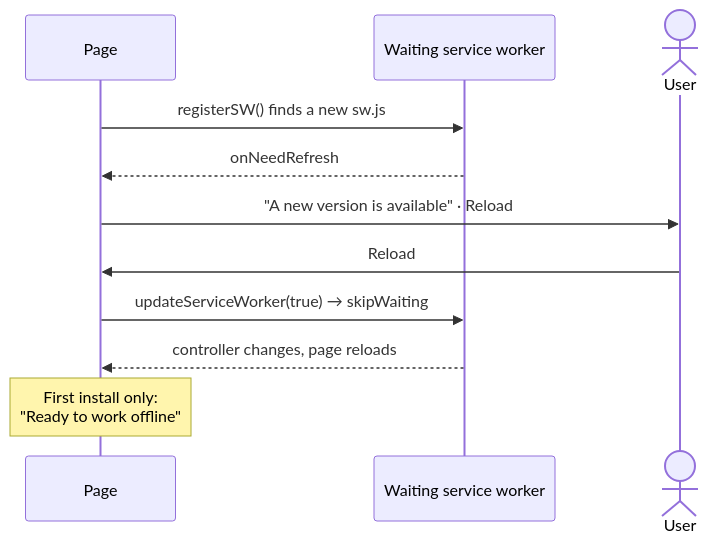
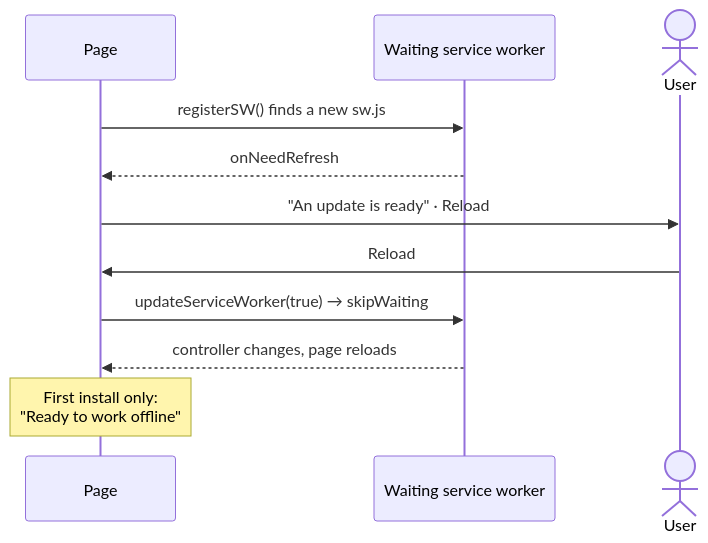
The second of 2 diagrams in docs/deployment.md (sacrificed666/react-todo-app), drawn with Mermaid before and after one commit. The commit also changed other lines of this file and 77 other files, not shown here.

````diff
--- a/docs/deployment.md
+++ b/docs/deployment.md
@@ -84,13 +85,13 @@
 ```mermaid
 sequenceDiagram
   participant Page
   participant SW as Waiting service worker
   actor User
   Page->>SW: registerSW() finds a new sw.js
   SW-->>Page: onNeedRefresh
-  Page->>User: "A new version is available" · Reload
+  Page->>User: "An update is ready" · Reload
   User->>Page: Reload
   Page->>SW: updateServiceWorker(true) → skipWaiting
   SW-->>Page: controller changes, page reloads
   Note over Page: First install only:<br/>"Ready to work offline"
 ```
````
